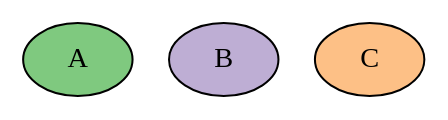
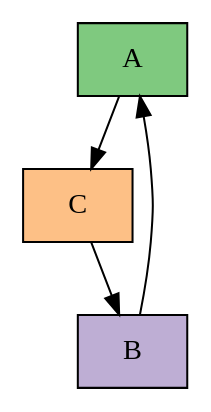
Before and after one commit to CapelliC/loqt: the diagram in lqXDot_test/gallery/test_colors.gv, drawn with Graphviz. The commit also changed 9 other files, not shown here.

```diff
--- a/lqXDot_test/gallery/test_colors.gv
+++ b/lqXDot_test/gallery/test_colors.gv
@@ -1,7 +1,8 @@
 /* script file test_colors.gv
    created at Tue Oct 1 01:23:50 2013 */
 
-graph {
- node [style=filled]
+digraph {
+ node [style=filled shape=box]
  A [fillcolor="#7fc97f"] B [fillcolor="#beaed4"] C [fillcolor="#fdc086"]
+ A -> C -> B -> A
 }
```
